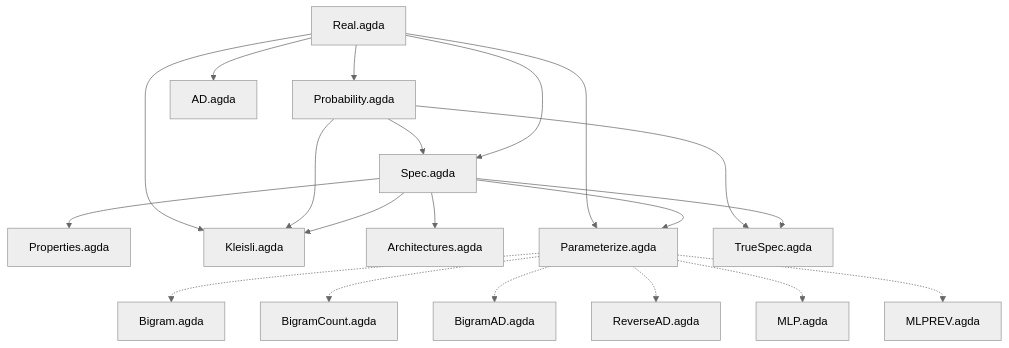
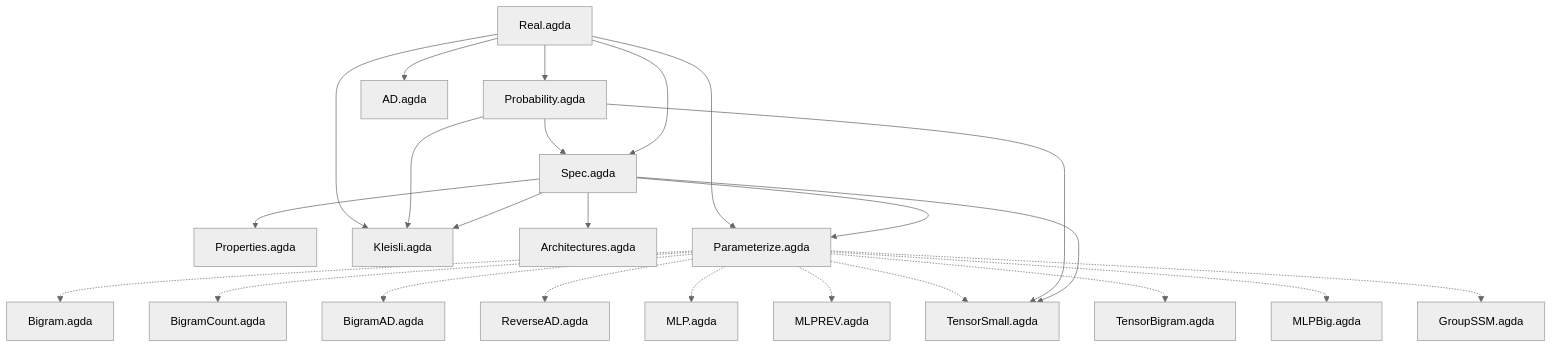
The diagram in README.md (stevekrouse/denotational-llm), drawn with Mermaid (neutral theme) before and after one commit. The commit also changed other lines of this file and 1 other file, not shown here.

First line of the commit message:
Update README and CLAUDE with tensor algebra results

````diff
--- a/README.md
+++ b/README.md
@@ -34,22 +35,26 @@
 ```mermaid
 graph TD
     R[Real.agda] --> P[Probability.agda]
     R --> S[Spec.agda]
     P --> S
     S --> Pr[Properties.agda]
     S --> K[Kleisli.agda]
     P --> K
     R --> K
     S --> Ar[Architectures.agda]
     R --> AD[AD.agda]
     S --> Pa[Parameterize.agda]
     R --> Pa
     S --> TS[TrueSpec.agda]
     P --> TS
     Pa -.-> B[Bigram.agda]
     Pa -.-> BC[BigramCount.agda]
     Pa -.-> BAD[BigramAD.agda]
     Pa -.-> RAD[ReverseAD.agda]
     Pa -.-> MLP[MLP.agda]
     Pa -.-> MLPREV[MLPREV.agda]
+    Pa -.-> TB[TensorBigram.agda]
+    Pa -.-> TS[TensorSmall.agda]
+    Pa -.-> MLPB[MLPBig.agda]
+    Pa -.-> GSSM[GroupSSM.agda]
 ```
````
